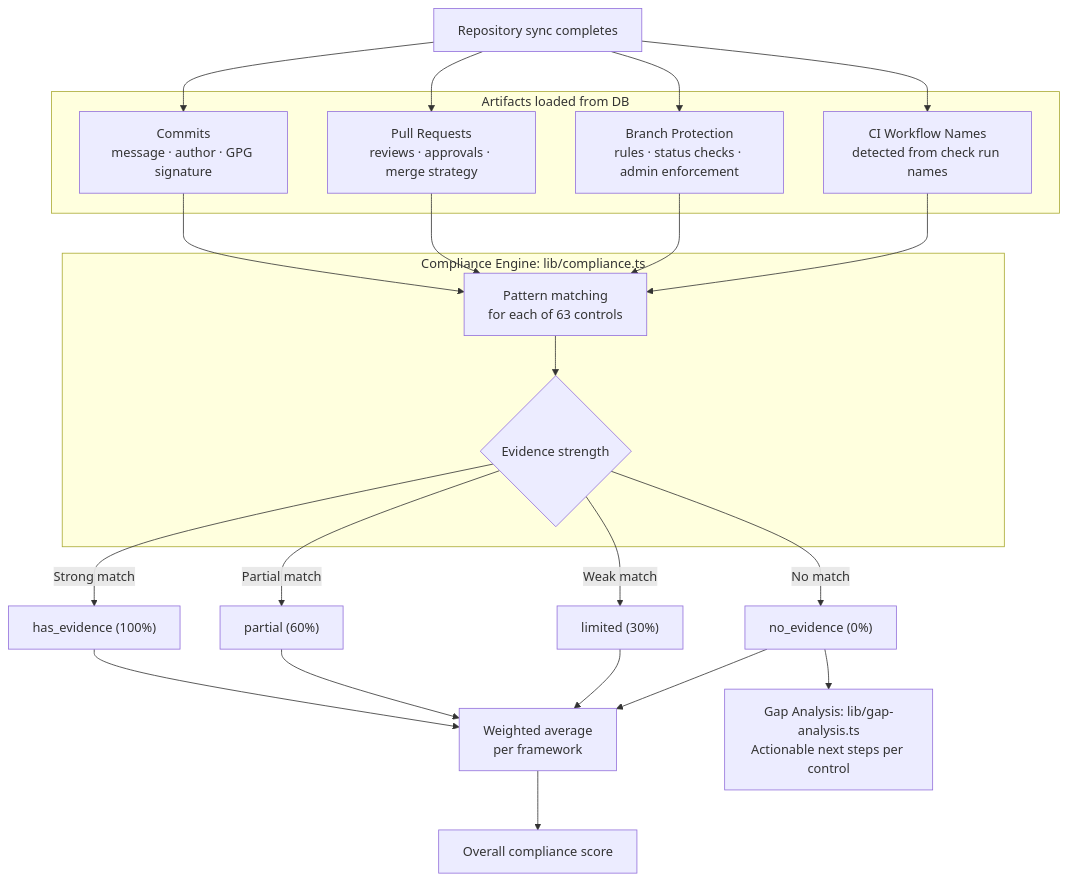
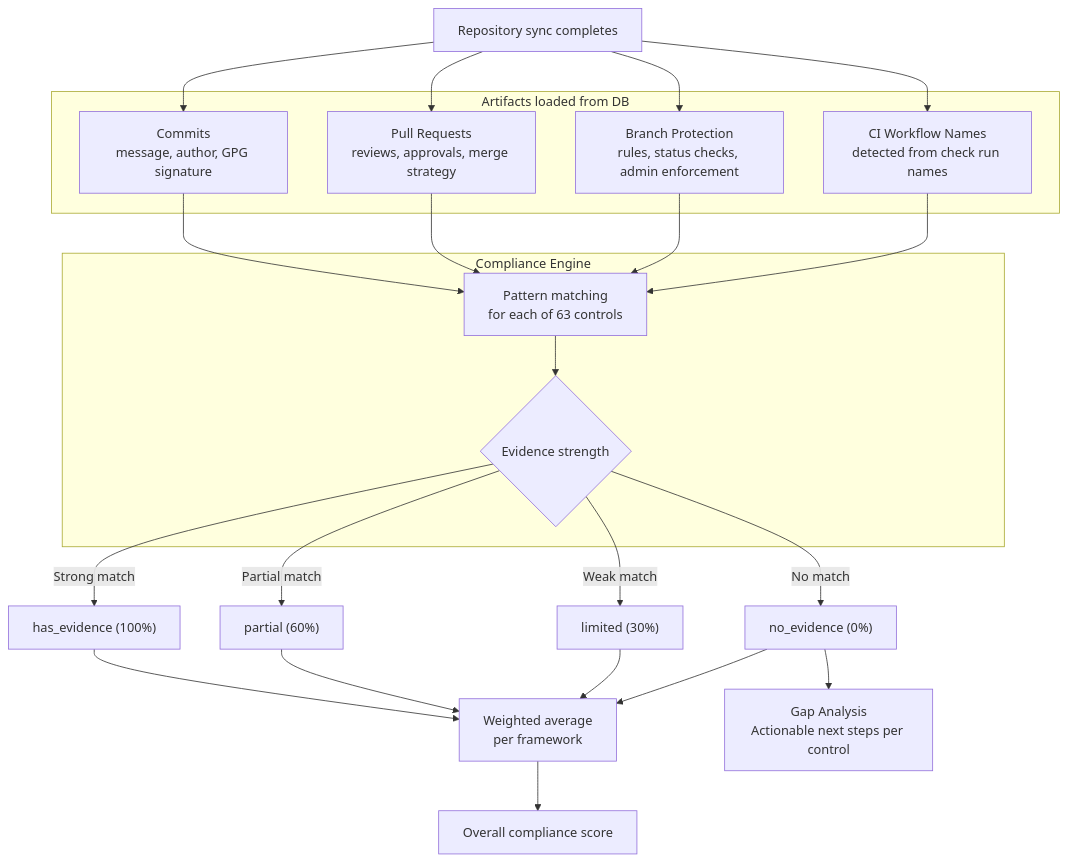
One commit to JohnJohnW/audittrail-dev changed the tenth of 13 diagrams in README.md. Above: the diagram before and after it, drawn with Mermaid. The commit also changed other lines of this file, not shown here.

First line of the commit message:
Fix remaining Mermaid diagram syntax issues in README

````diff
--- a/README.md
+++ b/README.md
@@ -429,27 +431,27 @@
 ```mermaid
 flowchart TD
     A[Repository sync completes] --> B & C & D & E
 
     subgraph Artifacts ["Artifacts loaded from DB"]
-        B[Commits\nmessage · author · GPG signature]
-        C[Pull Requests\nreviews · approvals · merge strategy]
-        D[Branch Protection\nrules · status checks · admin enforcement]
-        E[CI Workflow Names\ndetected from check run names]
+        B["Commits\nmessage, author, GPG signature"]
+        C["Pull Requests\nreviews, approvals, merge strategy"]
+        D["Branch Protection\nrules, status checks, admin enforcement"]
+        E["CI Workflow Names\ndetected from check run names"]
     end
 
     B & C & D & E --> F
 
-    subgraph Engine ["Compliance Engine: lib/compliance.ts"]
-        F[Pattern matching\nfor each of 63 controls]
+    subgraph Engine ["Compliance Engine"]
+        F["Pattern matching\nfor each of 63 controls"]
         F --> G{Evidence strength}
     end
 
     G -->|Strong match| H["has_evidence (100%)"]
     G -->|Partial match| I["partial (60%)"]
     G -->|Weak match| J["limited (30%)"]
     G -->|No match| K["no_evidence (0%)"]
 
-    H & I & J & K --> L[Weighted average\nper framework]
+    H & I & J & K --> L["Weighted average\nper framework"]
     L --> M[Overall compliance score]
-    K --> N[Gap Analysis: lib/gap-analysis.ts\nActionable next steps per control]
+    K --> N["Gap Analysis\nActionable next steps per control"]
 ```
````
